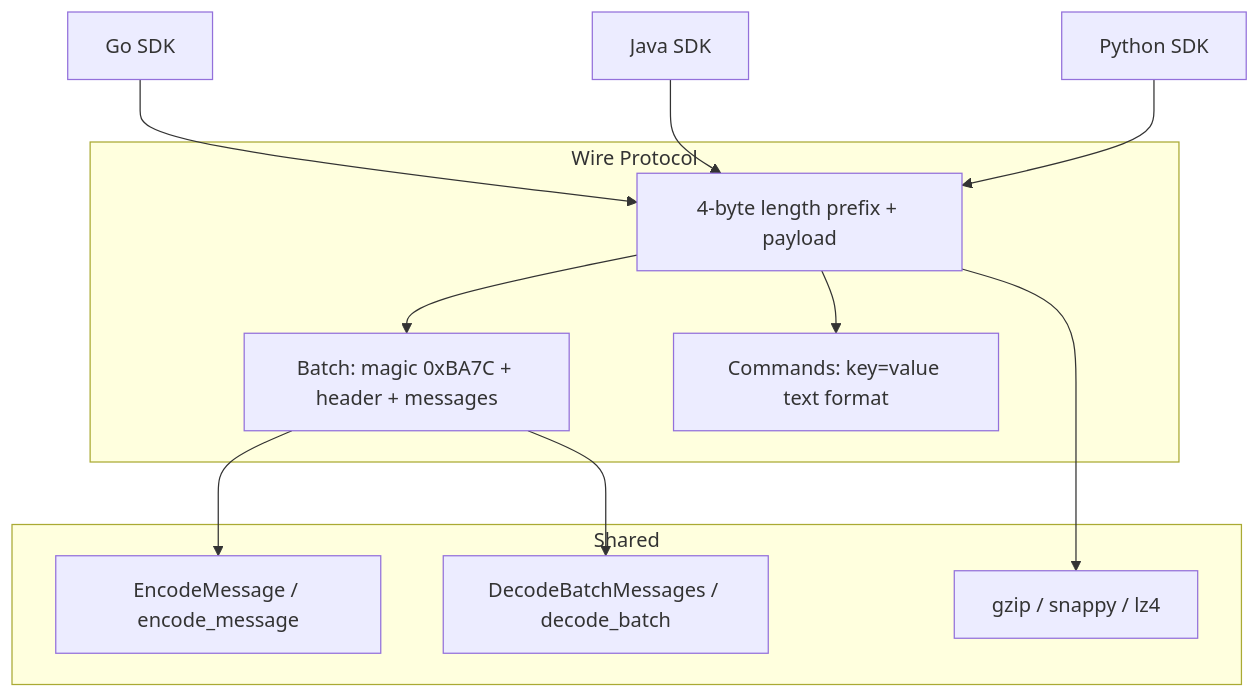
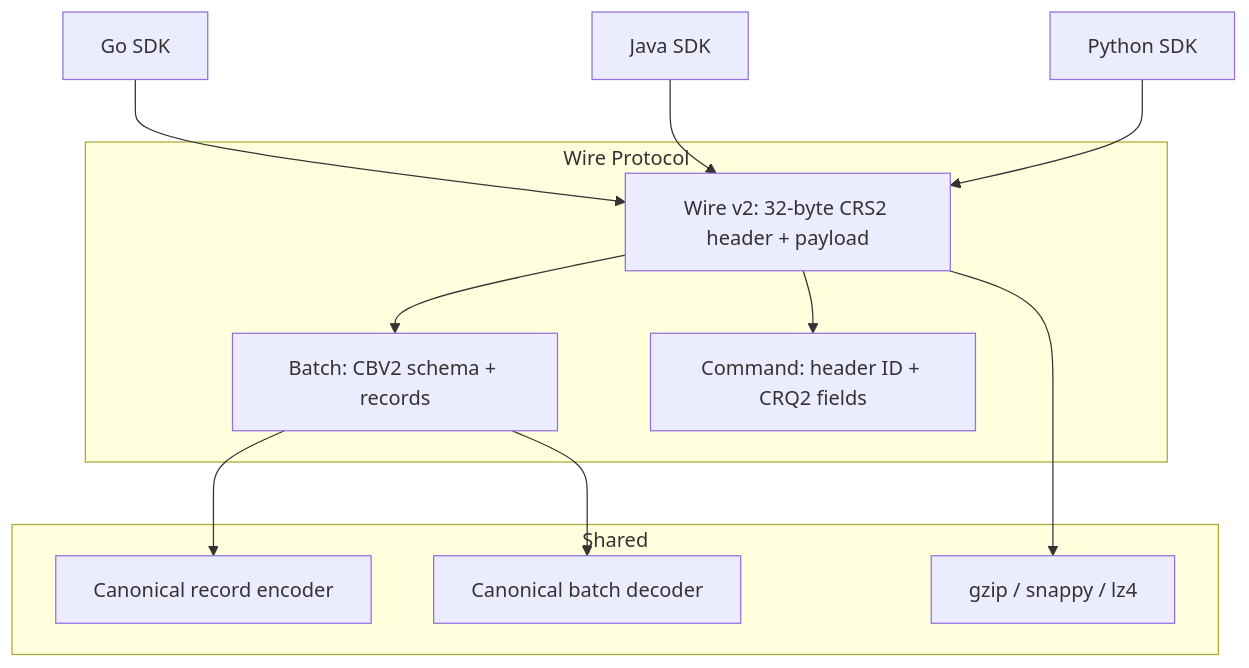
The second of 3 diagrams in docs/sdk-overview.md (cursus-io/cursus), drawn with Mermaid before and after one commit. The commit also changed other lines of this file and 337 other files, not shown here.

````diff
--- a/docs/sdk-overview.md
+++ b/docs/sdk-overview.md
@@ -33,23 +33,23 @@
 ```mermaid
 flowchart TB
     subgraph "Wire Protocol"
-        FRAME["4-byte length prefix + payload"]
-        BATCH["Batch: magic 0xBA7C + header + messages"]
-        CMD["Commands: key=value text format"]
+        FRAME["Wire v2: 32-byte CRS2 header + payload"]
+        BATCH["Batch: CBV2 schema + records"]
+        CMD["Command: header ID + CRQ2 fields"]
     end
 
     subgraph "Shared"
-        ENCODE[EncodeMessage / encode_message]
-        DECODE[DecodeBatchMessages / decode_batch]
+        ENCODE[Canonical record encoder]
+        DECODE[Canonical batch decoder]
         COMPRESS[gzip / snappy / lz4]
     end
 
     GO[Go SDK] --> FRAME
     JAVA[Java SDK] --> FRAME
     PY[Python SDK] --> FRAME
     FRAME --> BATCH
     FRAME --> CMD
     BATCH --> ENCODE
     BATCH --> DECODE
     FRAME --> COMPRESS
 ```
````
